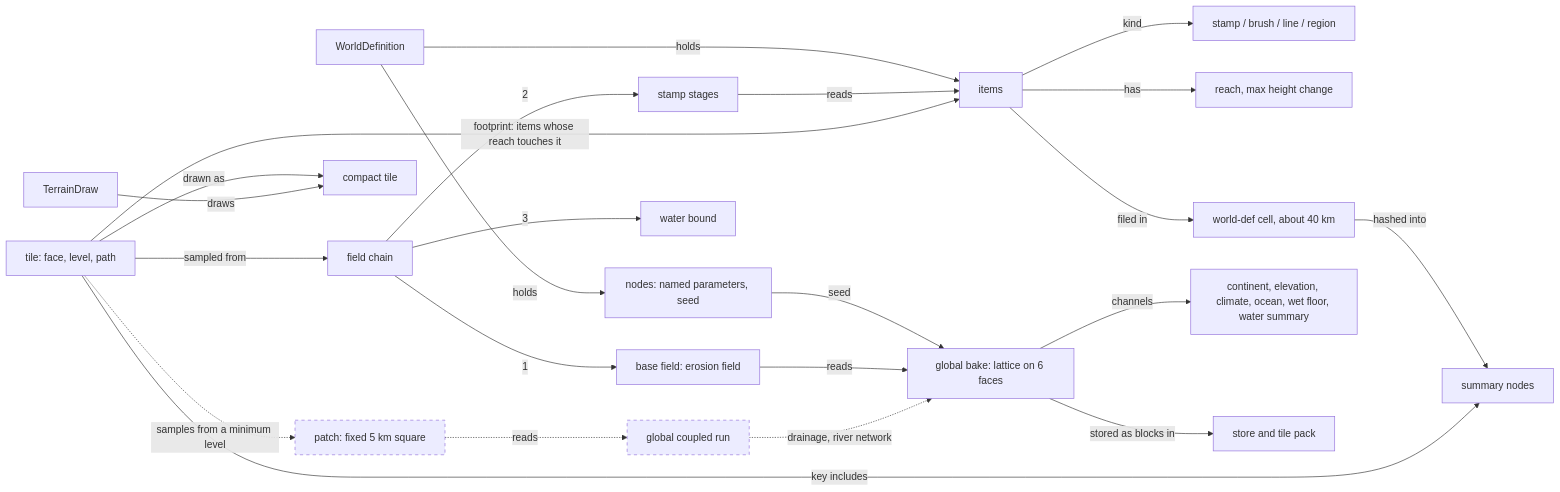
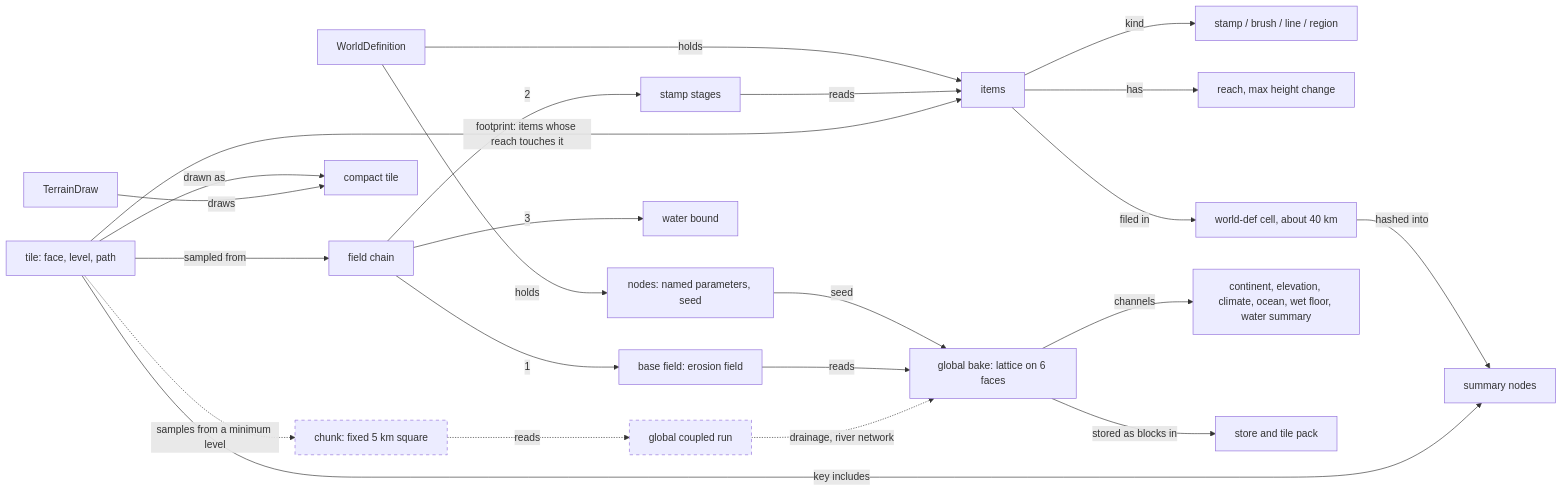
One commit to mdondorff/Serious-Planet-builder changed the first of 3 diagrams in docs/domain.md. Above: the diagram before and after it, drawn with Mermaid. The commit also changed other lines of this file and 8 other files, not shown here.

First line of the commit message:
Term: chunk for ADR 0077's regional square (owner); parcel reserved for cities (docs)

````diff
--- a/docs/domain.md
+++ b/docs/domain.md
@@ -9,27 +9,27 @@
 ```mermaid
 flowchart LR
   WD["WorldDefinition"] -->|holds| N["nodes: named parameters, seed"]
   WD -->|holds| I["items"]
   I -->|kind| K["stamp / brush / line / region"]
   I -->|has| R["reach, max height change"]
   I -->|filed in| WC["world-def cell, about 40 km"]
   WC -->|hashed into| SN["summary nodes"]
   N -->|seed| GB["global bake: lattice on 6 faces"]
   GB -->|channels| CH["continent, elevation, climate, ocean, wet floor, water summary"]
   GB -->|stored as blocks in| ST["store and tile pack"]
   BF["base field: erosion field"] -->|reads| GB
   FC["field chain"] -->|1| BF
   FC -->|2| SS["stamp stages"]
   SS -->|reads| I
   FC -->|3| WB["water bound"]
   T["tile: face, level, path"] -->|sampled from| FC
   T -->|footprint: items whose reach touches it| I
   T -->|key includes| SN
   T -->|drawn as| CT["compact tile"]
   TD["TerrainDraw"] -->|draws| CT
   GC["global coupled run"] -.->|drainage, river network| GB
-  P["patch: fixed 5 km square"] -.->|reads| GC
+  P["chunk: fixed 5 km square"] -.->|reads| GC
   T -.->|samples from a minimum level| P
   classDef planned stroke-dasharray: 5 5
   class GC,P planned
 ```
````
